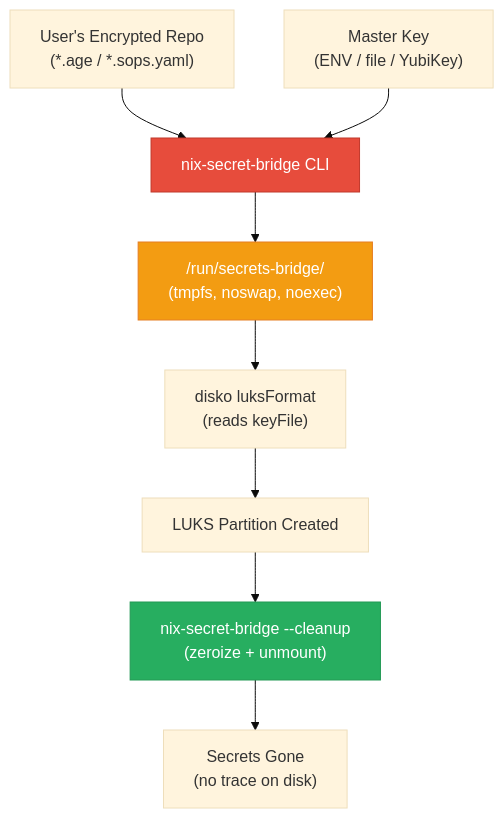
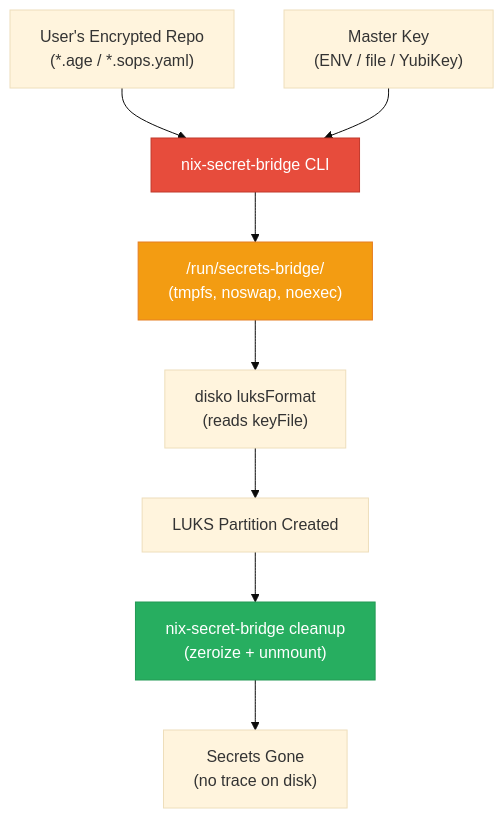
The diagram in DESIGN.md (Mutasem-mk4/nix-secret-bridge), drawn with Mermaid (base theme) before and after one commit. The commit also changed other lines of this file and 26 other files, not shown here.

Commit message:
Rewrite nix-secret-bridge for disko bootstrap secrets

````diff
--- a/DESIGN.md
+++ b/DESIGN.md
@@ -86,15 +86,15 @@
 ```mermaid
 graph TD
     A["User's Encrypted Repo<br/>(*.age / *.sops.yaml)"] --> C
     B["Master Key<br/>(ENV / file / YubiKey)"] --> C
     C["nix-secret-bridge CLI"] --> D
     D["/run/secrets-bridge/<br/>(tmpfs, noswap, noexec)"]
     D --> E["disko luksFormat<br/>(reads keyFile)"]
     E --> F["LUKS Partition Created"]
-    F --> G["nix-secret-bridge --cleanup<br/>(zeroize + unmount)"]
+    F --> G["nix-secret-bridge cleanup<br/>(zeroize + unmount)"]
     G --> H["Secrets Gone<br/>(no trace on disk)"]
 
     style C fill:#e74c3c,stroke:#c0392b,color:#fff
     style D fill:#f39c12,stroke:#e67e22,color:#fff
     style G fill:#27ae60,stroke:#229954,color:#fff
 ```
````
